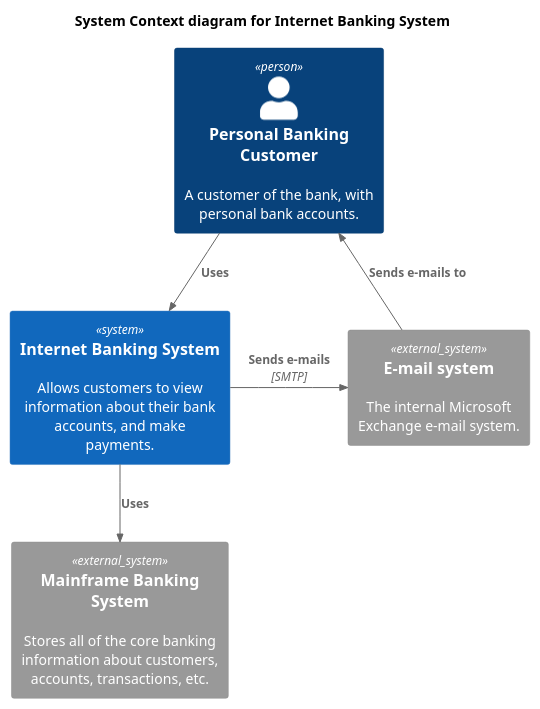
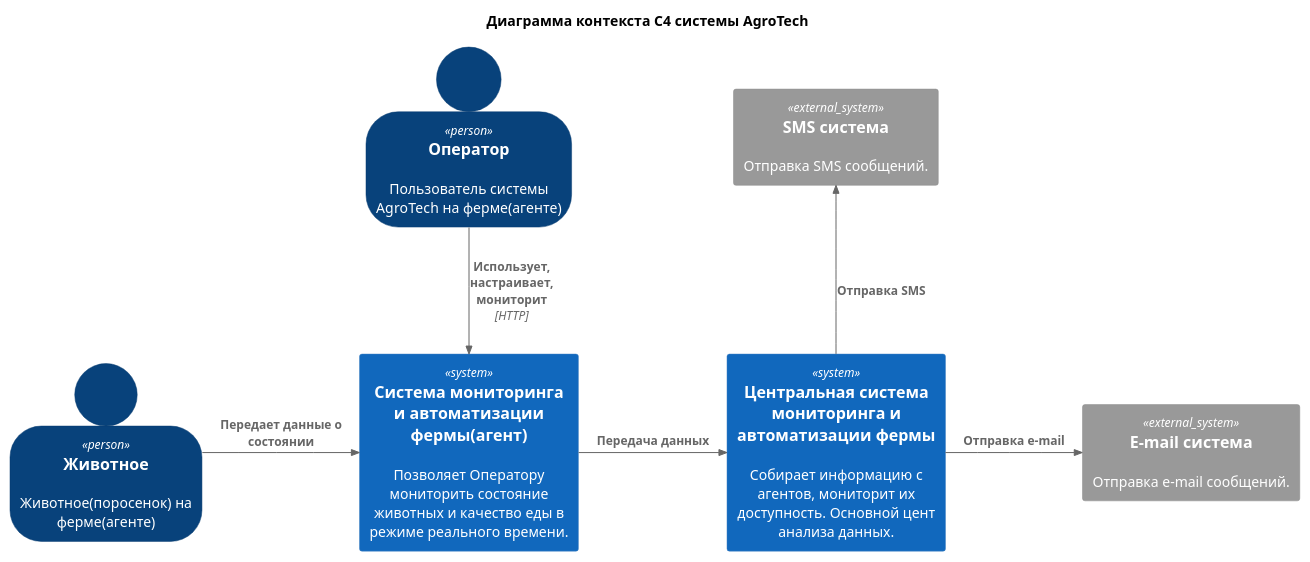
Before and after one commit to SurkovAleksandr/MSA-AgroTech-sprint-1: the first of 2 diagrams in Task1/ADR-001.md, drawn with PlantUML. The commit also changed other lines of this file and 1 other file, not shown here.

Commit message:
Диаграмма контекста библиотека контейнеров для C4

````diff
--- a/Task1/ADR-001.md
+++ b/Task1/ADR-001.md
@@ -49,20 +49,24 @@
 ```plantuml
 @startuml
+!include https://raw.githubusercontent.com/SurkovAleksandr/MSA-AgroTech-sprint-1/refs/heads/master/Task1/C4_Context.puml
+SHOW_PERSON_OUTLINE()
 
-!include C4_Context.puml
+title Диаграмма контекста C4 системы AgroTech
 
+Person(operator, "Оператор", "Пользователь системы AgroTech на ферме(агенте)")
+Person(animal, "Животное", "Животное(поросенок) на ферме(агенте)")
 
-title System Context diagram for Internet Banking System
+System(agent_system, "Система мониторинга и автоматизации фермы(агент)", "Позволяет Оператору мониторить состояние животных и качество еды в режиме реального времени.")
+System(center_system, "Центральная система мониторинга и автоматизации фермы", "Собирает информацию с агентов, мониторит их доступность. Основной цент анализа данных.")
 
-Person(customer, "Personal Banking Customer", "A customer of the bank, with personal bank accounts.")
-System(banking_system, "Internet Banking System", "Allows customers to view information about their bank accounts, and make payments.")
+System_Ext(mail_system, "E-mail система", "Отправка e-mail сообщений.")
+System_Ext(sms_system, "SMS система", "Отправка SMS сообщений.")
 
-System_Ext(mail_system, "E-mail system", "The internal Microsoft Exchange e-mail system.")
-System_Ext(mainframe, "Mainframe Banking System", "Stores all of the core banking information about customers, accounts, transactions, etc.")
+Rel(operator, agent_system, "Использует, настраивает, мониторит", "HTTP")
+Rel_R(animal, agent_system, "Передает данные о состоянии")
+Rel_Neighbor(agent_system, center_system, "Передача данных")
 
-Rel(customer, banking_system, "Uses")
-Rel_Back(customer, mail_system, "Sends e-mails to")
-Rel_Neighbor(banking_system, mail_system, "Sends e-mails", "SMTP")
-Rel(banking_system, mainframe, "Uses")
+Rel_Neighbor(center_system, mail_system, "Отправка e-mail")
+Rel_U(center_system, sms_system, "Отправка SMS")
 @enduml
 ```
````
